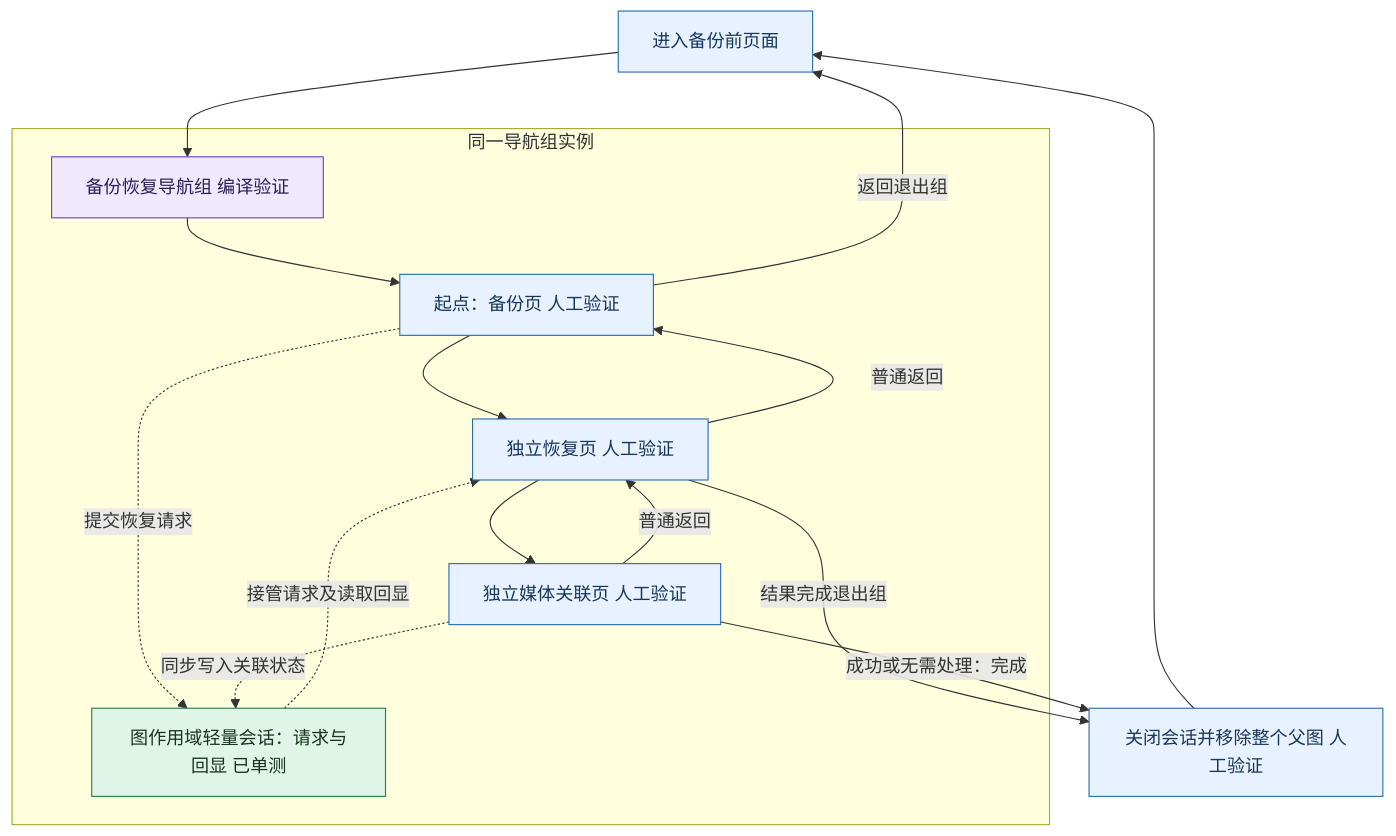
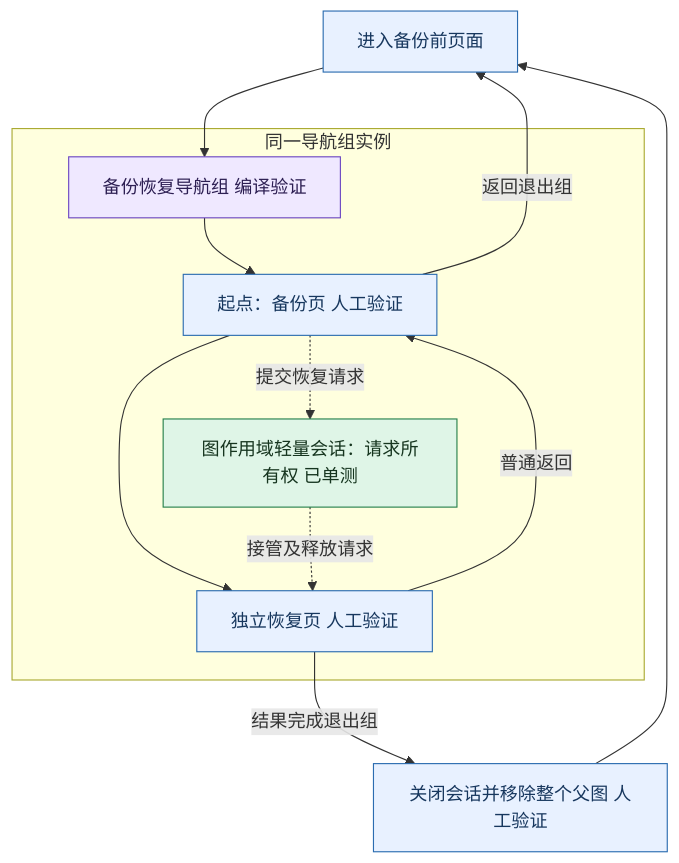
Before and after one commit to lwcla/ClipMaster: diagram 11 of 14 in docs/webdav_backup_plan.md, drawn with Mermaid. The commit also changed other lines of this file and 65 other files, not shown here.

````diff
--- a/docs/webdav_backup_plan.md
+++ b/docs/webdav_backup_plan.md
@@ -1419,23 +1469,19 @@
 ```mermaid
 %% title: 备份恢复导航组
 flowchart TD
     Entry[进入备份前页面]:::manual --> Group[备份恢复导航组 编译验证]:::compile
     subgraph BackupGroup[同一导航组实例]
         Group --> Backup[起点：备份页 人工验证]:::manual
         Backup --> Restore[独立恢复页 人工验证]:::manual
-        Restore --> Media[独立媒体关联页 人工验证]:::manual
-        Media -->|普通返回| Restore
         Restore -->|普通返回| Backup
-        Session[图作用域轻量会话：请求与回显 已单测]:::unit
+        Session[图作用域轻量会话：请求所有权 已单测]:::unit
         Backup -.->|提交恢复请求| Session
-        Session -.->|接管请求及读取回显| Restore
-        Media -.->|同步写入关联状态| Session
+        Session -.->|接管及释放请求| Restore
     end
     Backup -->|返回退出组| Entry
     Restore -->|结果完成退出组| Close[关闭会话并移除整个父图 人工验证]:::manual
-    Media -->|成功或无需处理：完成| Close
     Close --> Entry
     classDef unit fill:#dff5e7,stroke:#26804b,color:#16351f;
     classDef manual fill:#e8f1ff,stroke:#2b6cb0,color:#17375e;
     classDef compile fill:#efe8ff,stroke:#6b46c1,color:#2d1f53;
 ```
````
